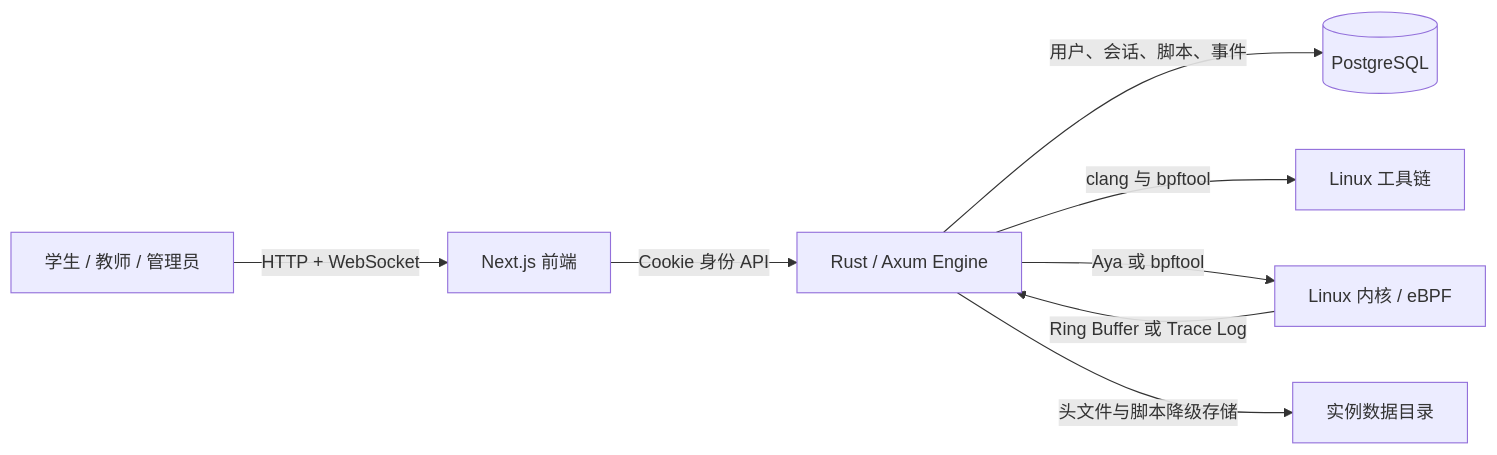
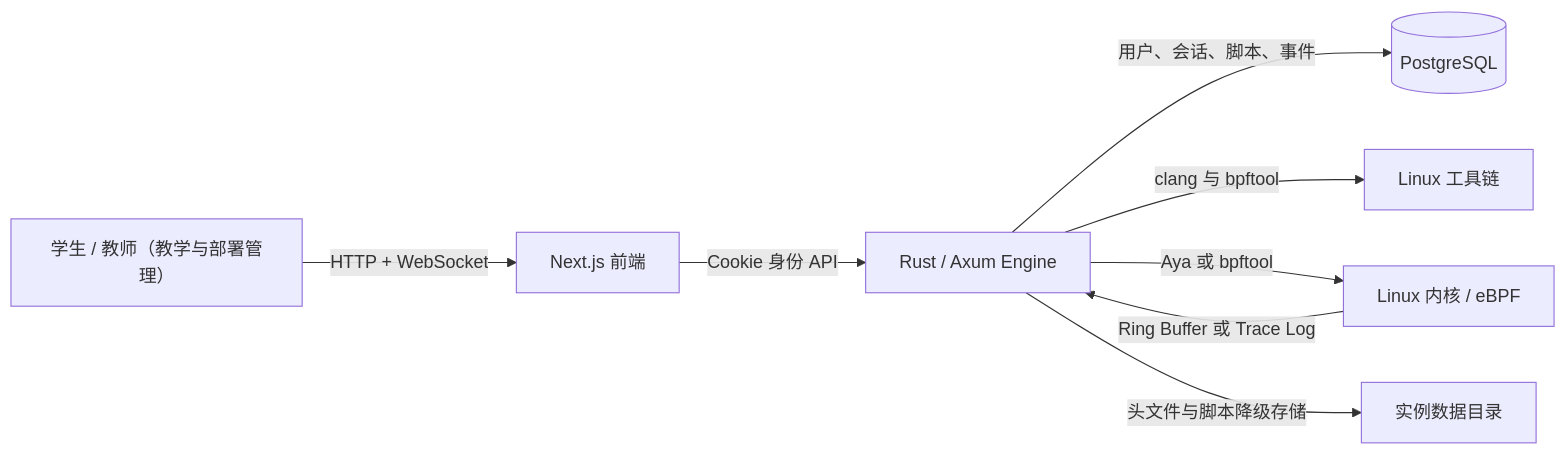
Before and after one commit to Team-silvortex/cyanrex-lab: the first of 4 diagrams in frontend/public/course/zh-CN/architecture.md, drawn with Mermaid. The commit also changed other lines of this file and 101 other files, not shown here.

````diff
--- a/frontend/public/course/zh-CN/architecture.md
+++ b/frontend/public/course/zh-CN/architecture.md
@@ -8,10 +8,10 @@
 ```mermaid
 flowchart LR
-    U["学生 / 教师 / 管理员"] -->|HTTP + WebSocket| F["Next.js 前端"]
+    U["学生 / 教师（教学与部署管理）"] -->|HTTP + WebSocket| F["Next.js 前端"]
     F -->|Cookie 身份 API| E["Rust / Axum Engine"]
     E -->|用户、会话、脚本、事件| P[(PostgreSQL)]
     E -->|clang 与 bpftool| T["Linux 工具链"]
     E -->|Aya 或 bpftool| K["Linux 内核 / eBPF"]
     K -->|Ring Buffer 或 Trace Log| E
     E -->|头文件与脚本降级存储| D["实例数据目录"]
 ```
````
